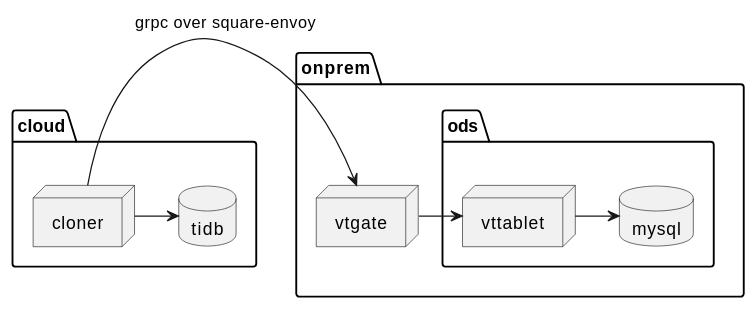
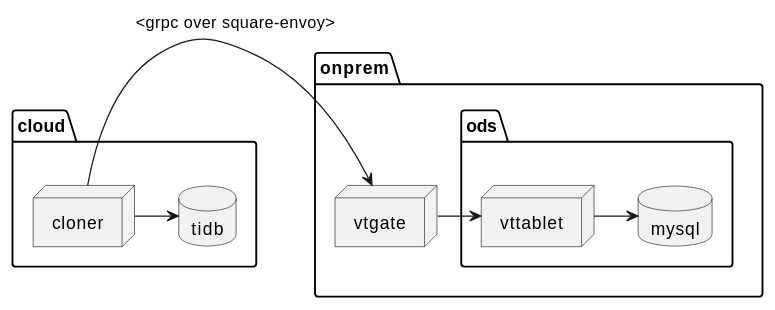
One commit to cashapp/cloner changed the first of 2 diagrams in design.md. Above: the diagram before and after it, drawn with PlantUML. The commit also changed other lines of this file and 9 other files, not shown here.

````diff
--- a/design.md
+++ b/design.md
@@ -1,21 +1,21 @@
 ```puml
 @startuml component
 package onprem {
     node vtgate
     package ods {
         node vttablet
         database mysql
     }
 }
 package cloud {
+    database tidb
     node cloner
-    database tidb
 }
 
-cloner -> vtgate : grpc over square-envoy
+cloner -> vtgate : <grpc over square-envoy>
 vtgate -> vttablet
 vttablet -> mysql
 cloner -> tidb
 
 @enduml
 ```
````
